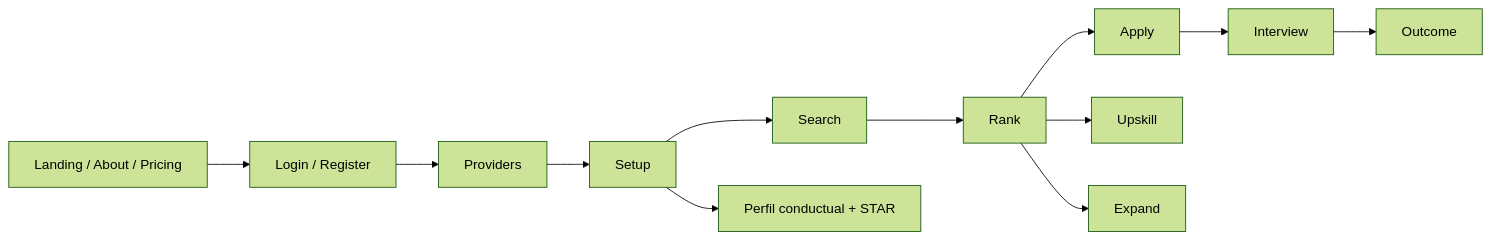
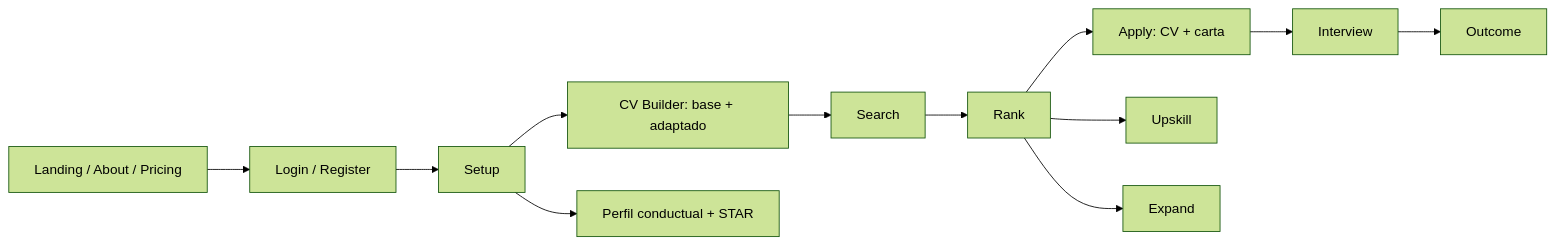
Before and after one commit to AntonyML/open-ai-jobs-search-nextjs-frontend: the diagram in README.md, drawn with Mermaid (forest theme). The commit also changed other lines of this file and 5 other files, not shown here.

````diff
--- a/README.md
+++ b/README.md
@@ -111,14 +135,14 @@
 ```mermaid
 flowchart LR
   A[Landing / About / Pricing] --> B[Login / Register]
-  B --> C[Providers]
-  C --> D[Setup]
+  B --> C[Setup]
+  C --> D[CV Builder: base + adaptado]
   D --> E[Search]
   E --> F[Rank]
-  F --> G[Apply]
+  F --> G[Apply: CV + carta]
   G --> H[Interview]
   H --> I[Outcome]
-  D --> J[Perfil conductual + STAR]
+  C --> J[Perfil conductual + STAR]
   F --> K[Upskill]
   F --> L[Expand]
 ```
````
